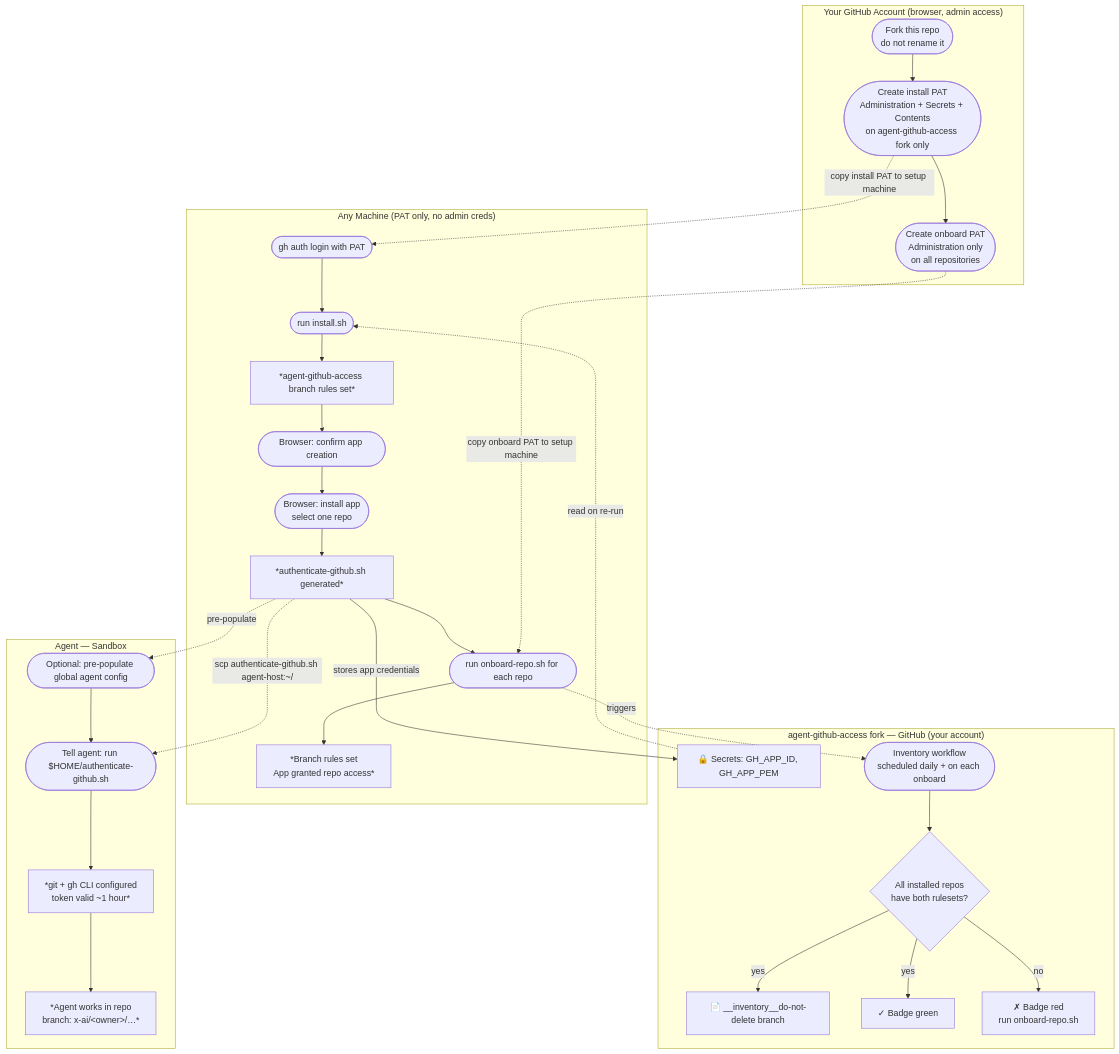
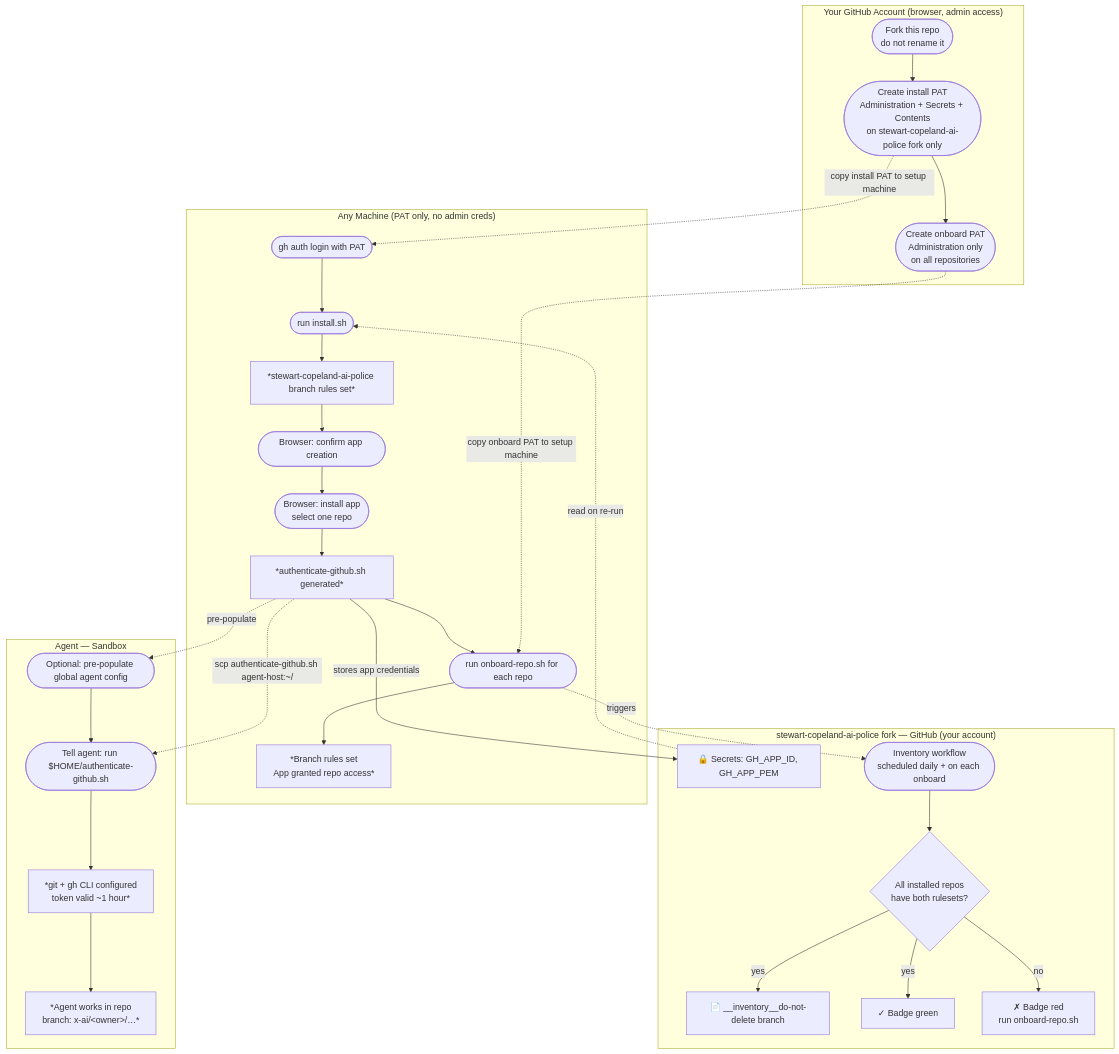
The diagram in README.md (ardentperf/agent-github-access), drawn with Mermaid before and after one commit. The commit also changed other lines of this file and 7 other files, not shown here.

First line of the commit message:
chore: rename repo from agent-github-access to stewart-copeland-ai-police (#1842)

````diff
--- a/README.md
+++ b/README.md
@@ -23,55 +23,55 @@
 ```mermaid
 flowchart TD
     subgraph admin["Your GitHub Account (browser, admin access)"]
         F(["Fork this repo
 do not rename it"]) --> P1
         P1(["Create install PAT
 Administration + Secrets + Contents
-on agent-github-access fork only"]) --> P2
+on stewart-copeland-ai-police fork only"]) --> P2
         P2(["Create onboard PAT
 Administration only
 on all repositories"])
     end
 
-    subgraph fork["agent-github-access fork — GitHub (your account)"]
+    subgraph fork["stewart-copeland-ai-police fork — GitHub (your account)"]
         SEC["🔒 Secrets: GH_APP_ID, GH_APP_PEM"]
         INV["📄 __inventory__do-not-delete branch"]
         AU(["Inventory workflow
 scheduled daily + on each onboard"])
         AU --> AUC{"All installed repos
 have both rulesets?"}
         AUC -->|"yes"| AUP["✓ Badge green"]
         AUC -->|"no"| AUF["✗ Badge red
 run onboard-repo.sh"]
         AUC -->|"yes"| INV
     end
 
     subgraph setup["Any Machine (PAT only, no admin creds)"]
         A(["gh auth login with PAT"]) --> B(["run install.sh"])
-        B --> BF["*agent-github-access branch rules set*"]
+        B --> BF["*stewart-copeland-ai-police branch rules set*"]
         BF --> C(["Browser: confirm app creation"])
         C --> D(["Browser: install app
 select one repo"])
         D --> E["*authenticate-github.sh generated*"]
         E --> R(["run onboard-repo.sh for each repo"])
         R --> H["*Branch rules set
 App granted repo access*"]
     end
 
     subgraph agent["Agent — Sandbox"]
         G(["Optional: pre-populate global agent config"])
         G --> I(["Tell agent: run $HOME/authenticate-github.sh"])
         I --> J["*git + gh CLI configured
 token valid ~1 hour*"]
         J --> K["*Agent works in repo
 branch: x-ai/&lt;owner&gt;/…*"]
     end
 
     P1 -.->|"copy install PAT to setup machine"| A
     P2 -.->|"copy onboard PAT to setup machine"| R
     E -->|"stores app credentials"| SEC
     SEC -.->|"read on re-run"| B
     E -.->|"scp authenticate-github.sh agent-host:~/"| I
     E -.->|"pre-populate"| G
     R -.->|"triggers"| AU
 ```
````
